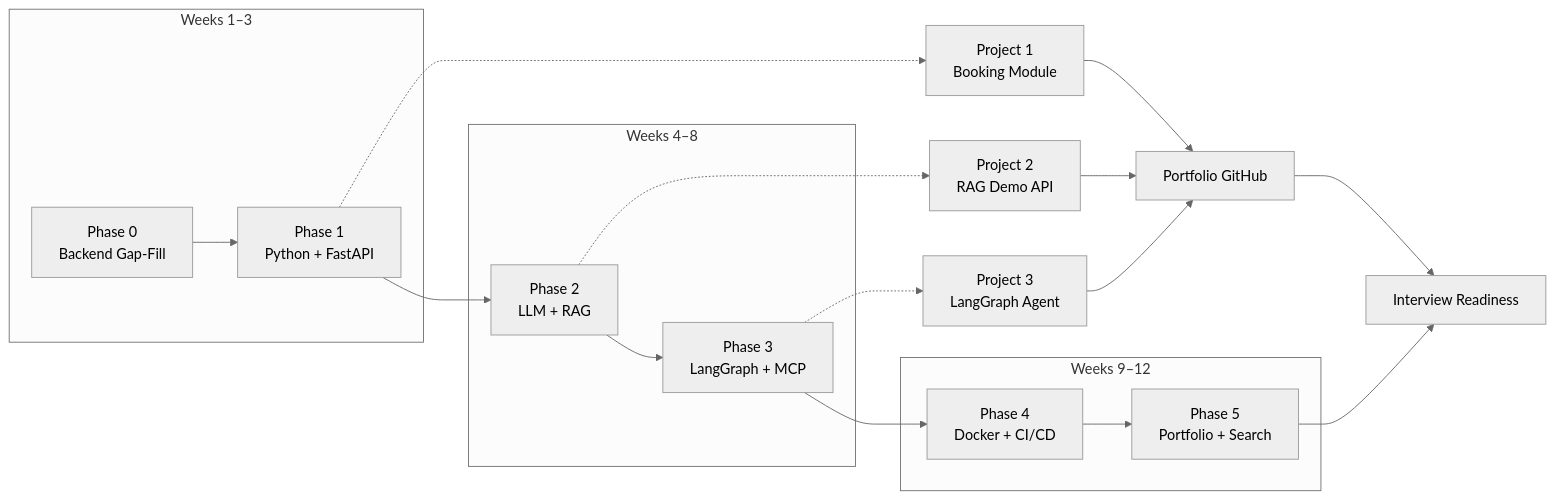
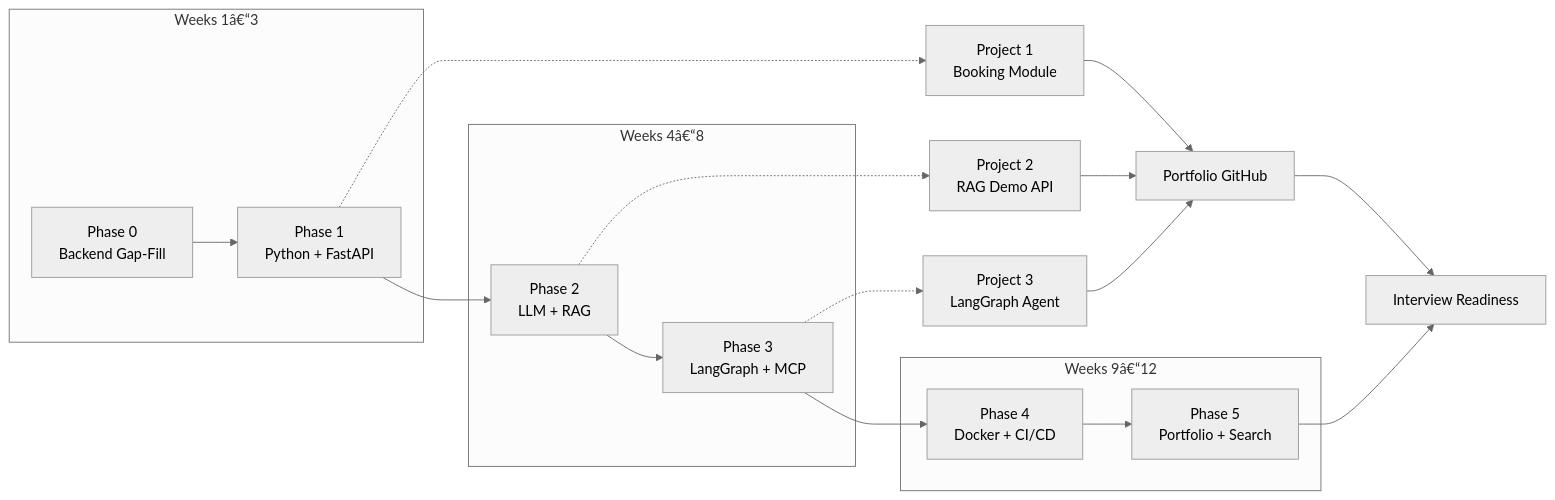
The fourth of 4 diagrams in docs/courses/ai-agent-engineer/07-day-by-day-plan.md (Raushan666java/ai-engineering-journey), drawn with Mermaid (neutral theme) before and after one commit. The commit also changed other lines of this file and 735 other files, not shown here.

````diff
--- a/docs/courses/ai-agent-engineer/07-day-by-day-plan.md
+++ b/docs/courses/ai-agent-engineer/07-day-by-day-plan.md
@@ -709,32 +709,32 @@
 ```mermaid
 flowchart LR
-    subgraph Foundation["Weeks 1–3"]
+    subgraph Foundation["Weeks 1â€“3"]
         P0["Phase 0<br/>Backend Gap-Fill"]
         P1["Phase 1<br/>Python + FastAPI"]
     end
 
-    subgraph CoreAI["Weeks 4–8"]
+    subgraph CoreAI["Weeks 4â€“8"]
         P2["Phase 2<br/>LLM + RAG"]
         P3["Phase 3<br/>LangGraph + MCP"]
     end
 
-    subgraph Production["Weeks 9–12"]
+    subgraph Production["Weeks 9â€“12"]
         P4["Phase 4<br/>Docker + CI/CD"]
         P5["Phase 5<br/>Portfolio + Search"]
     end
 
     P0 --> P1
     P1 --> P2
     P2 --> P3
     P3 --> P4
     P4 --> P5
 
     P1 -.-> PROJ1["Project 1<br/>Booking Module"]
     P2 -.-> PROJ2["Project 2<br/>RAG Demo API"]
     P3 -.-> PROJ3["Project 3<br/>LangGraph Agent"]
     PROJ1 --> PORTFOLIO["Portfolio GitHub"]
     PROJ2 --> PORTFOLIO
     PROJ3 --> PORTFOLIO
     PORTFOLIO --> INTERVIEW["Interview Readiness"]
     P5 --> INTERVIEW
 ```
````
